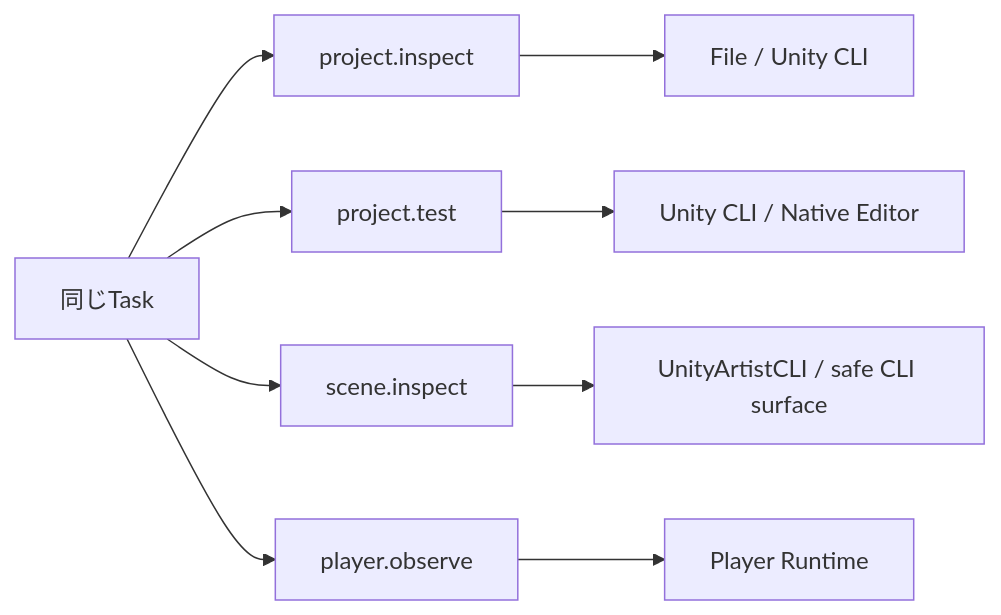
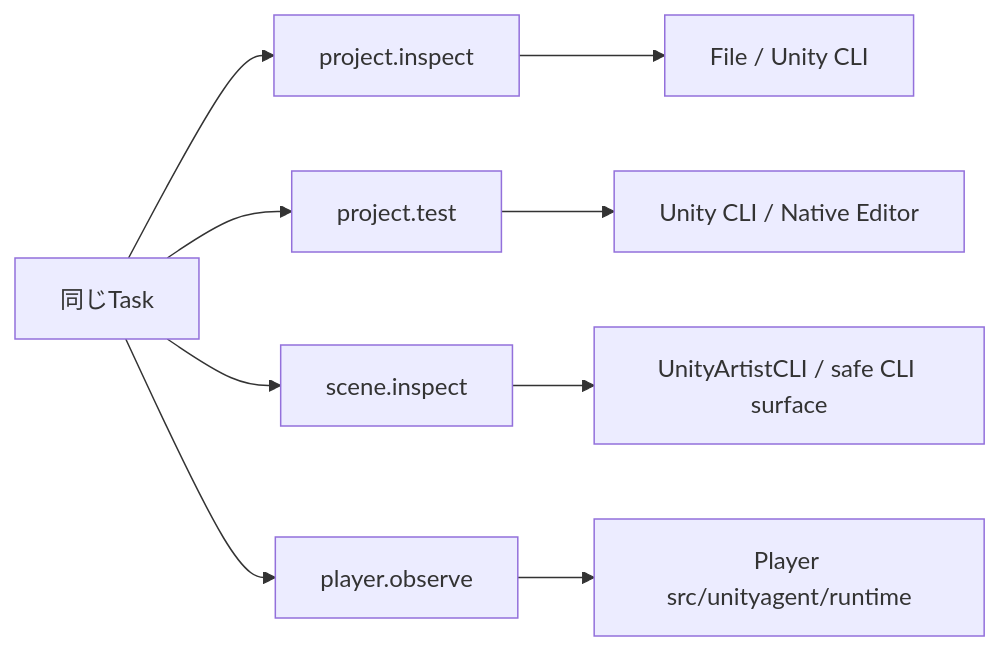
One commit to DarumaPPAP/UnityAgent changed the fifth of 6 diagrams in docs/architecture/production-tool-runtime.md. Above: the diagram before and after it, drawn with Mermaid. The commit also changed other lines of this file and 1025 other files, not shown here.

````diff
--- a/docs/architecture/production-tool-runtime.md
+++ b/docs/architecture/production-tool-runtime.md
@@ -295,12 +295,12 @@
 ```mermaid
 flowchart LR
     T[同じTask] --> A[project.inspect]
     T --> B[project.test]
     T --> C[scene.inspect]
     T --> D[player.observe]
 
     A --> PF[File / Unity CLI]
     B --> CLI[Unity CLI / Native Editor]
     C --> ART[UnityArtistCLI / safe CLI surface]
-    D --> PR[Player Runtime]
+    D --> PR[Player src/unityagent/runtime]
 ```
````
